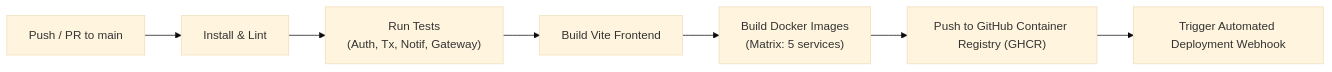
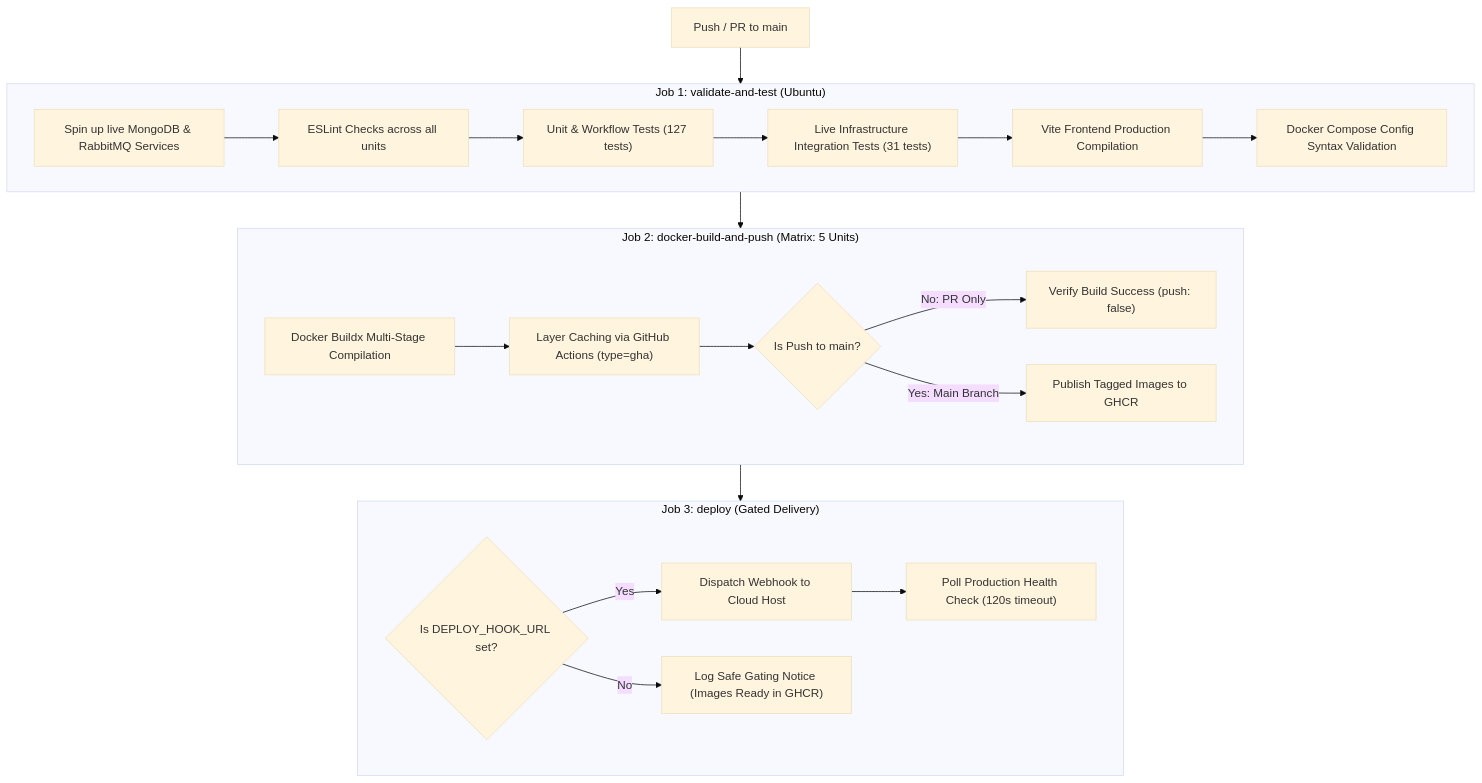
The second of 2 diagrams in README.md (adityatiwari543/FinTrack), drawn with Mermaid (base theme) before and after one commit. The commit also changed other lines of this file and 117 other files, not shown here.

````diff
--- a/README.md
+++ b/README.md
@@ -200,9 +281,33 @@
 ```mermaid
-flowchart LR
-    Push["Push / PR to main"] --> Lint["Install & Lint"]
-    Lint --> Test["Run Tests\n(Auth, Tx, Notif, Gateway)"]
-    Test --> BuildFront["Build Vite Frontend"]
-    BuildFront --> BuildDocker["Build Docker Images\n(Matrix: 5 services)"]
-    BuildDocker --> PushGHCR["Push to GitHub Container Registry (GHCR)"]
-    PushGHCR --> AutoDeploy["Trigger Automated Deployment Webhook"]
+flowchart TD
+    Trigger["Push / PR to main"] --> Job1
+
+    subgraph Job1 ["Job 1: validate-and-test (Ubuntu)"]
+        Services["Spin up live MongoDB & RabbitMQ Services"]
+        Services --> Lint["ESLint Checks across all units"]
+        Lint --> Tests["Unit & Workflow Tests (127 tests)"]
+        Tests --> IntTests["Live Infrastructure Integration Tests (31 tests)"]
+        IntTests --> FrontBuild["Vite Frontend Production Compilation"]
+        FrontBuild --> ComposeCheck["Docker Compose Config Syntax Validation"]
+    end
+
+    Job1 --> Job2
+
+    subgraph Job2 ["Job 2: docker-build-and-push (Matrix: 5 Units)"]
+        Buildx["Docker Buildx Multi-Stage Compilation"]
+        Cache["Layer Caching via GitHub Actions (type=gha)"]
+        Buildx --> Cache
+        Cache --> PRCheck{Is Push to main?}
+        PRCheck -->|No: PR Only| ValidateOnly["Verify Build Success (push: false)"]
+        PRCheck -->|Yes: Main Branch| PushGHCR["Publish Tagged Images to GHCR"]
+    end
+
+    Job2 --> Job3
+
+    subgraph Job3 ["Job 3: deploy (Gated Delivery)"]
+        CheckSecret{Is DEPLOY_HOOK_URL set?}
+        CheckSecret -->|Yes| DispatchHook["Dispatch Webhook to Cloud Host"]
+        DispatchHook --> HealthCheck["Poll Production Health Check (120s timeout)"]
+        CheckSecret -->|No| SafeBypass["Log Safe Gating Notice (Images Ready in GHCR)"]
+    end
 ```
````
